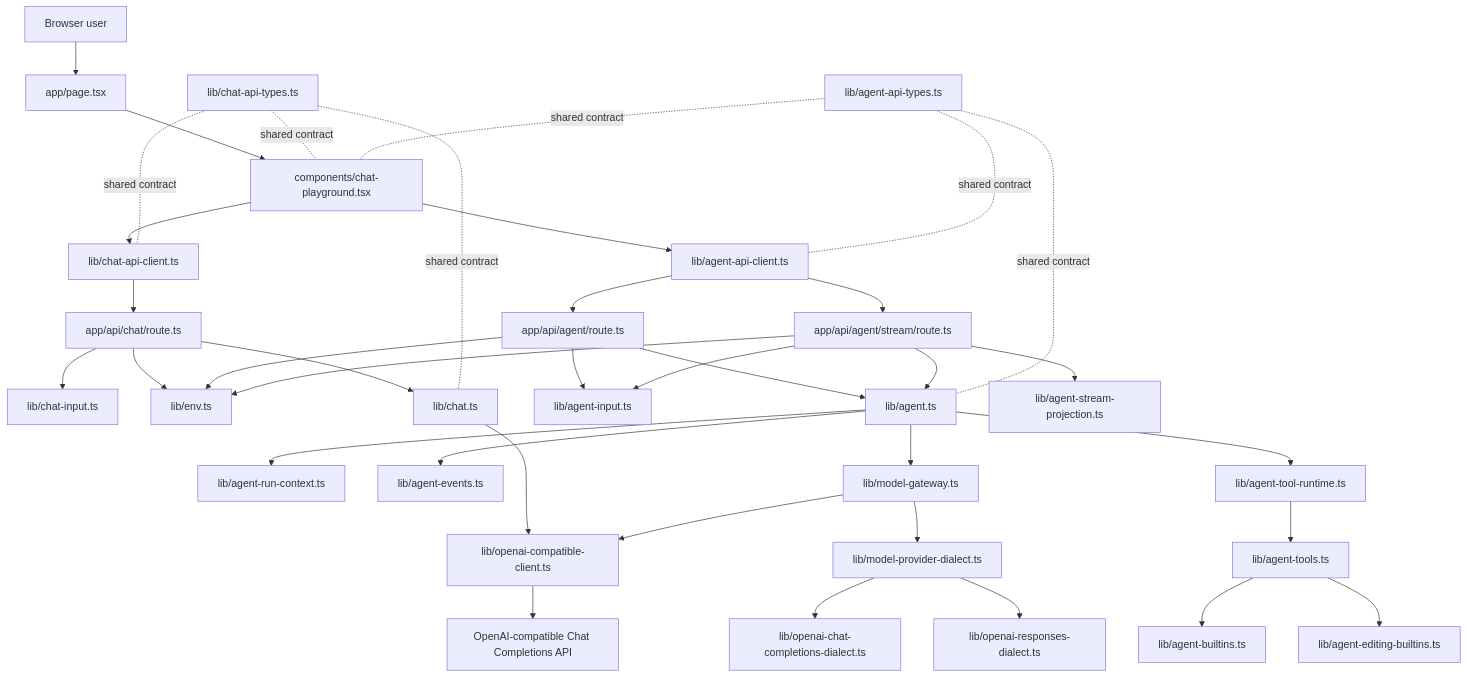
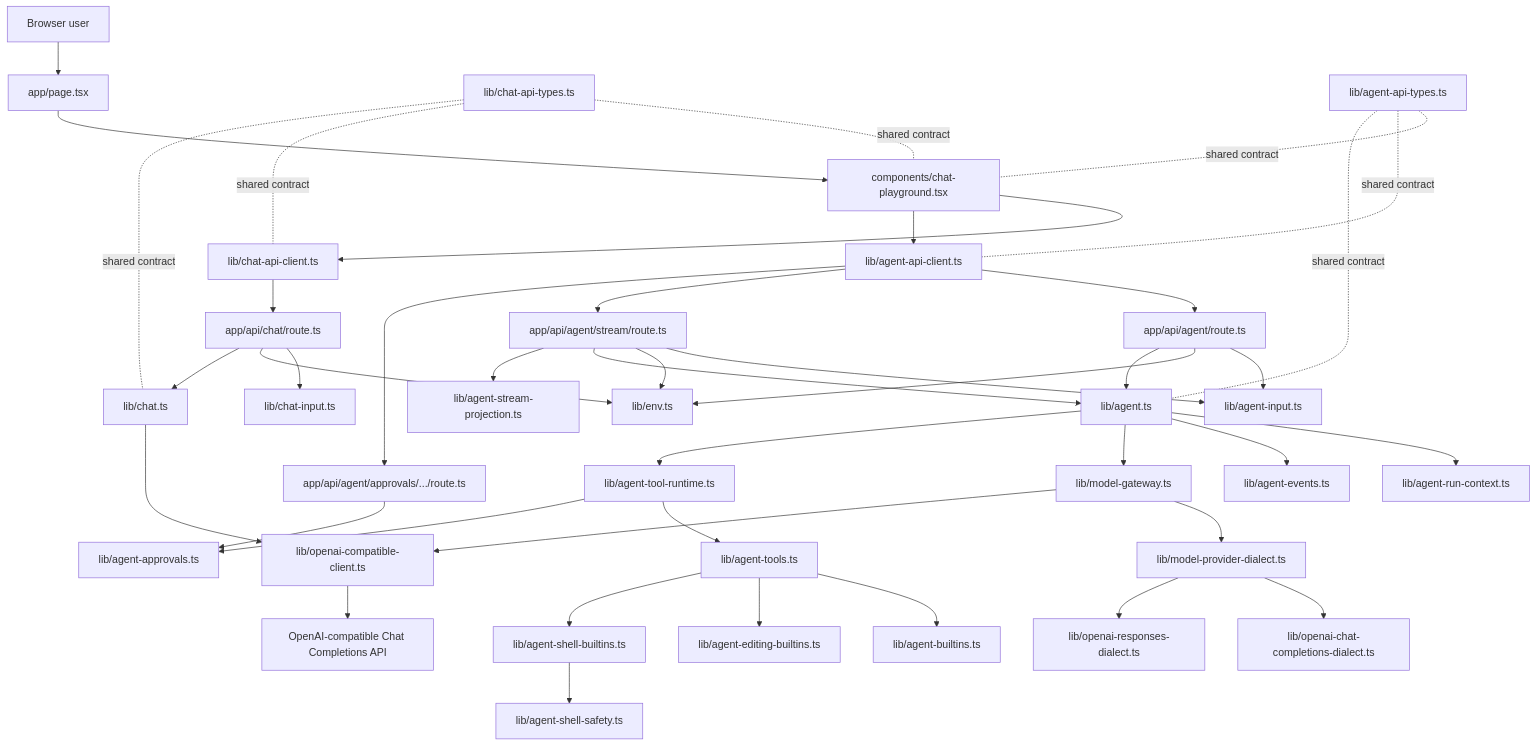
Before and after one commit to Liang-HZ/inspectable-agent-harness: the first of 3 diagrams in docs/architecture.md, drawn with Mermaid. The commit also changed other lines of this file and 25 other files, not shown here.

````diff
--- a/docs/architecture.md
+++ b/docs/architecture.md
@@ -25,43 +25,48 @@
 ```mermaid
 flowchart TD
   User[Browser user] --> Page[app/page.tsx]
   Page --> Playground[components/chat-playground.tsx]
   Playground --> BrowserClient[lib/chat-api-client.ts]
   Playground --> AgentBrowserClient[lib/agent-api-client.ts]
   BrowserClient --> ChatRoute[app/api/chat/route.ts]
   AgentBrowserClient --> AgentRoute[app/api/agent/route.ts]
   AgentBrowserClient --> AgentStreamRoute[app/api/agent/stream/route.ts]
+  AgentBrowserClient --> AgentApprovalsRoute[app/api/agent/approvals/.../route.ts]
 
   ChatRoute --> ChatInput[lib/chat-input.ts]
   ChatRoute --> Env[lib/env.ts]
   ChatRoute --> ChatService[lib/chat.ts]
 
   AgentRoute --> AgentInput[lib/agent-input.ts]
   AgentStreamRoute --> AgentInput
   AgentRoute --> Env
   AgentStreamRoute --> Env
   AgentRoute --> AgentService[lib/agent.ts]
   AgentStreamRoute --> AgentService
   AgentStreamRoute --> AgentProjection[lib/agent-stream-projection.ts]
   AgentService --> AgentRunContext[lib/agent-run-context.ts]
   AgentService --> AgentEvents[lib/agent-events.ts]
   AgentService --> ModelGateway[lib/model-gateway.ts]
   ModelGateway --> ModelDialect[lib/model-provider-dialect.ts]
   ModelDialect --> ChatDialect[lib/openai-chat-completions-dialect.ts]
   ModelDialect --> ResponsesDialect[lib/openai-responses-dialect.ts]
   AgentService --> ToolRuntime[lib/agent-tool-runtime.ts]
   ToolRuntime --> AgentTools[lib/agent-tools.ts]
+  ToolRuntime --> AgentApprovals[lib/agent-approvals.ts]
+  AgentApprovalsRoute --> AgentApprovals
   AgentTools --> BuiltinTools[lib/agent-builtins.ts]
   AgentTools --> EditingBuiltins[lib/agent-editing-builtins.ts]
+  AgentTools --> ShellBuiltins[lib/agent-shell-builtins.ts]
+  ShellBuiltins --> ShellSafety[lib/agent-shell-safety.ts]
 
   ChatService --> OpenAIClient[lib/openai-compatible-client.ts]
   ModelGateway --> OpenAIClient
   OpenAIClient --> Provider[OpenAI-compatible Chat Completions API]
 
   SharedTypes[lib/chat-api-types.ts] -. shared contract .- Playground
   SharedTypes -. shared contract .- BrowserClient
   SharedTypes -. shared contract .- ChatService
   AgentTypes[lib/agent-api-types.ts] -. shared contract .- Playground
   AgentTypes -. shared contract .- AgentBrowserClient
   AgentTypes -. shared contract .- AgentService
 ```
````
